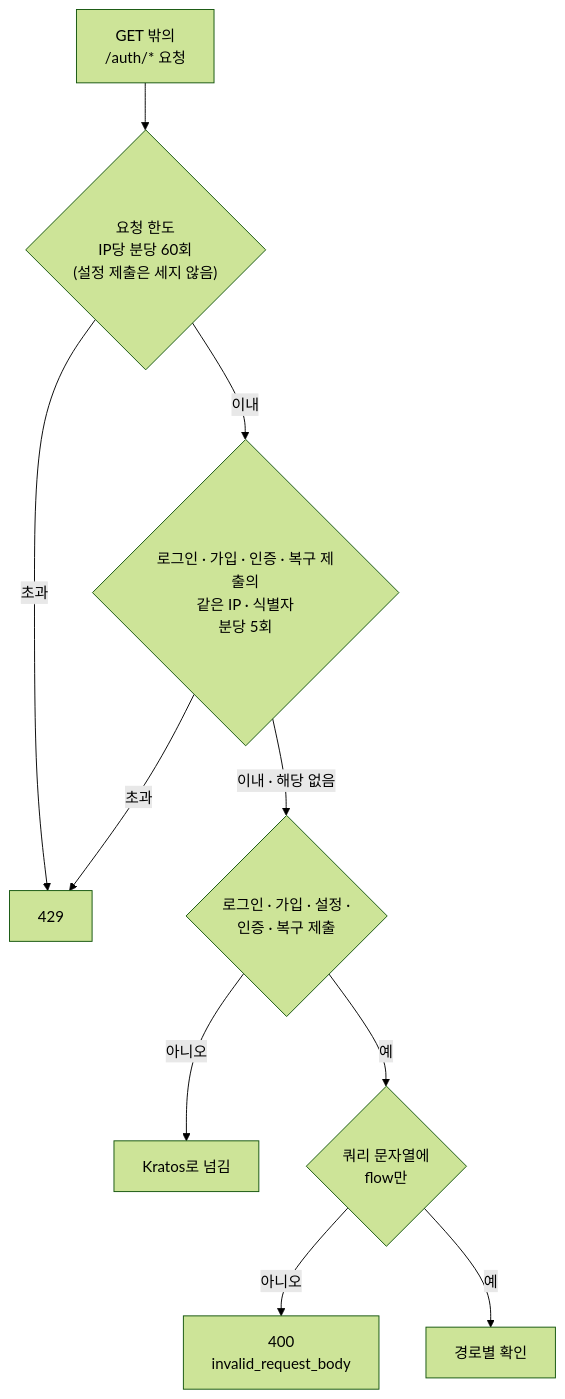
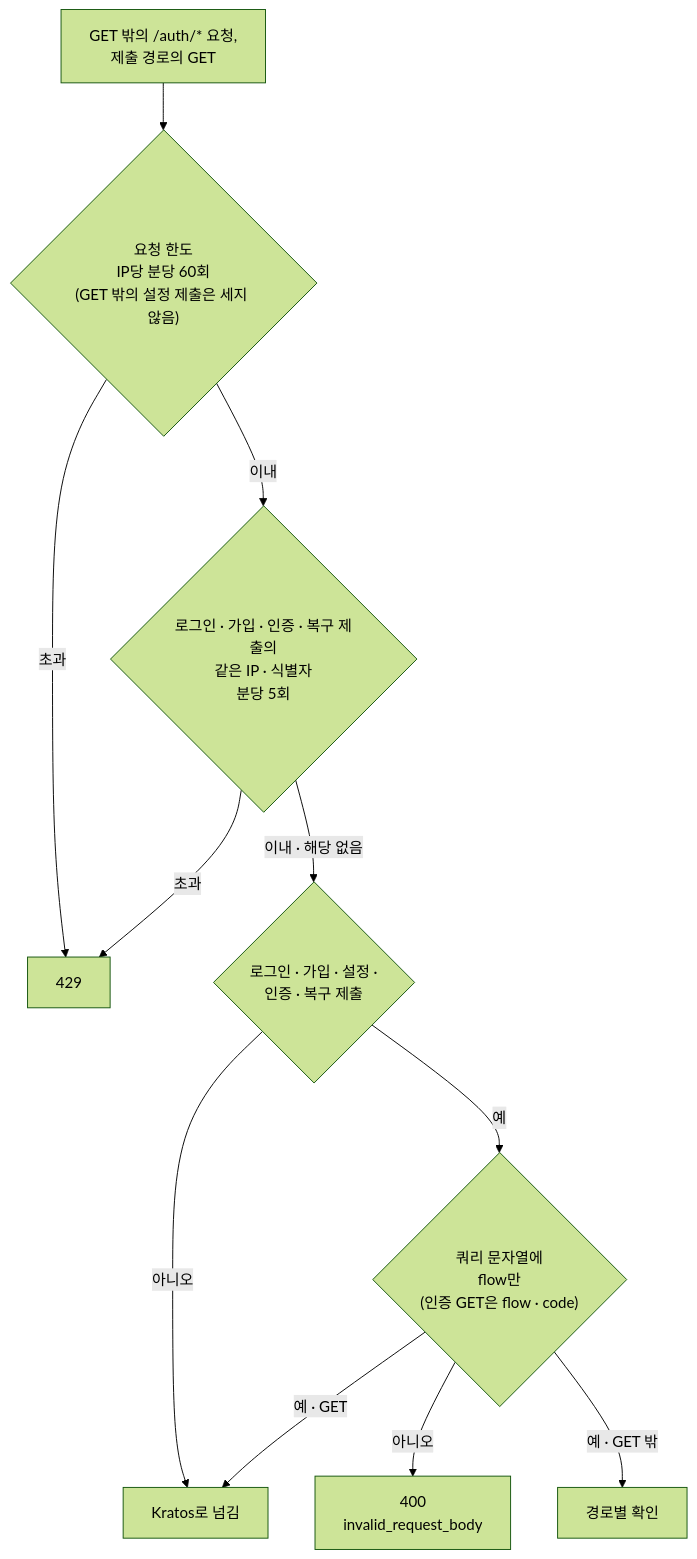
One commit to onprem-hipster-timer/backend changed the first of 3 diagrams in docs/guides/auth-proxy.ko.md. Above: the diagram before and after it, drawn with Mermaid (forest theme). The commit also changed other lines of this file and 5 other files, not shown here.

````diff
--- a/docs/guides/auth-proxy.ko.md
+++ b/docs/guides/auth-proxy.ko.md
@@ -28,12 +28,13 @@
 ```mermaid
 flowchart TD
-    A["GET 밖의<br/>/auth/* 요청"] --> RL{"요청 한도<br/>IP당 분당 60회<br/>(설정 제출은 세지 않음)"}
+    A["GET 밖의 /auth/* 요청,<br/>제출 경로의 GET"] --> RL{"요청 한도<br/>IP당 분당 60회<br/>(GET 밖의 설정 제출은 세지 않음)"}
     RL -->|"초과"| R429["429"]
     RL -->|"이내"| RI{"로그인 · 가입 · 인증 · 복구 제출의<br/>같은 IP · 식별자<br/>분당 5회"}
     RI -->|"초과"| R429
     RI -->|"이내 · 해당 없음"| Q{"로그인 · 가입 · 설정 ·<br/>인증 · 복구 제출"}
     Q -->|"아니오"| FWD["Kratos로 넘김"]
-    Q -->|"예"| QS{"쿼리 문자열에<br/>flow만"}
+    Q -->|"예"| QS{"쿼리 문자열에<br/>flow만<br/>(인증 GET은 flow · code)"}
     QS -->|"아니오"| R400["400<br/>invalid_request_body"]
-    QS -->|"예"| NEXT["경로별 확인"]
+    QS -->|"예 · GET"| FWD
+    QS -->|"예 · GET 밖"| NEXT["경로별 확인"]
 ```
````
